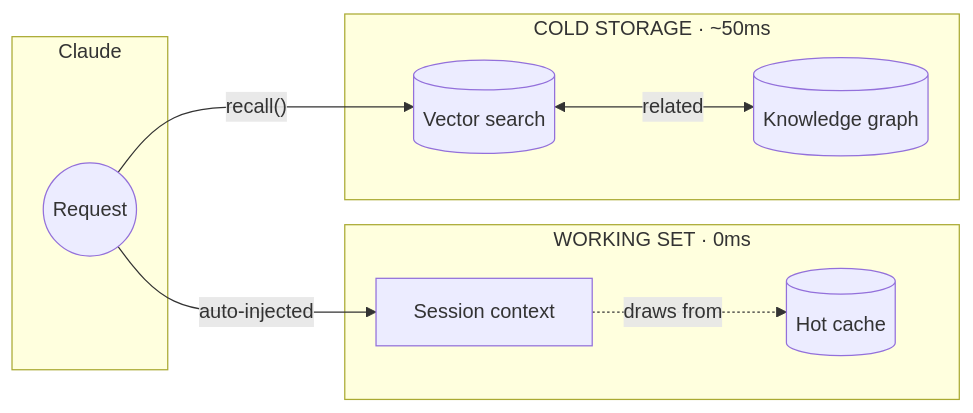
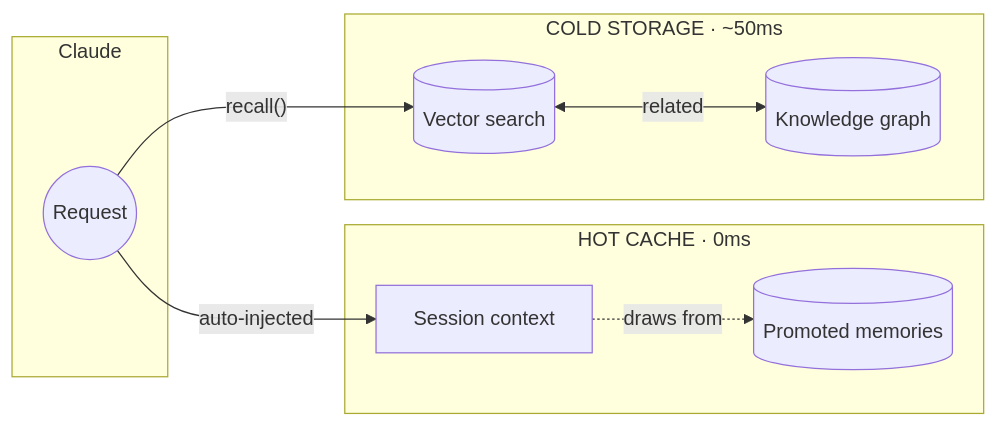
The diagram in README.md (michael-denyer/memory-mcp), drawn with Mermaid before and after one commit. The commit also changed other lines of this file and 13 other files, not shown here.

First line of the commit message:
refactor: rename working-set to hot-cache, hot-cache to promoted-memories

````diff
--- a/README.md
+++ b/README.md
@@ -85,21 +85,21 @@
 ```mermaid
 flowchart LR
     subgraph LLM["Claude"]
         REQ((Request))
     end
 
-    subgraph Hot["WORKING SET · 0ms"]
-        WS[Session context]
-        HC[(Hot cache)]
+    subgraph Hot["HOT CACHE · 0ms"]
+        HC[Session context]
+        PM[(Promoted memories)]
     end
 
     subgraph Cold["COLD STORAGE · ~50ms"]
         VS[(Vector search)]
         KG[(Knowledge graph)]
     end
 
-    REQ -->|"auto-injected"| WS
-    WS -.->|"draws from"| HC
+    REQ -->|"auto-injected"| HC
+    HC -.->|"draws from"| PM
     REQ -->|"recall()"| VS
     VS <-->|"related"| KG
 ```
````
